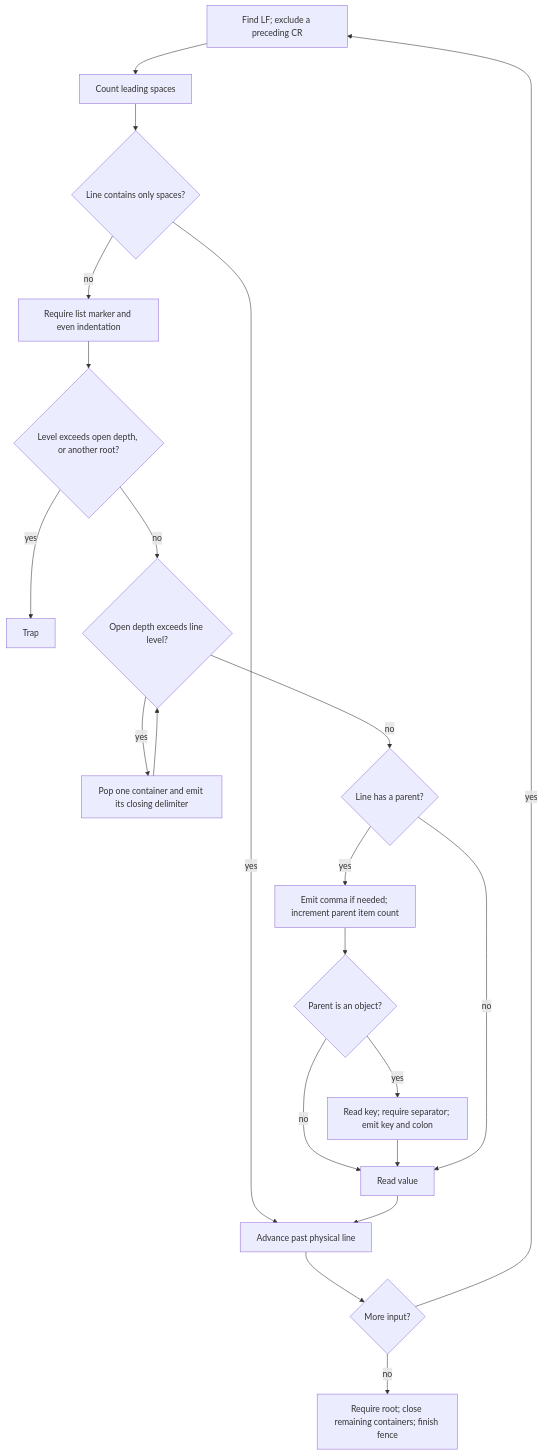
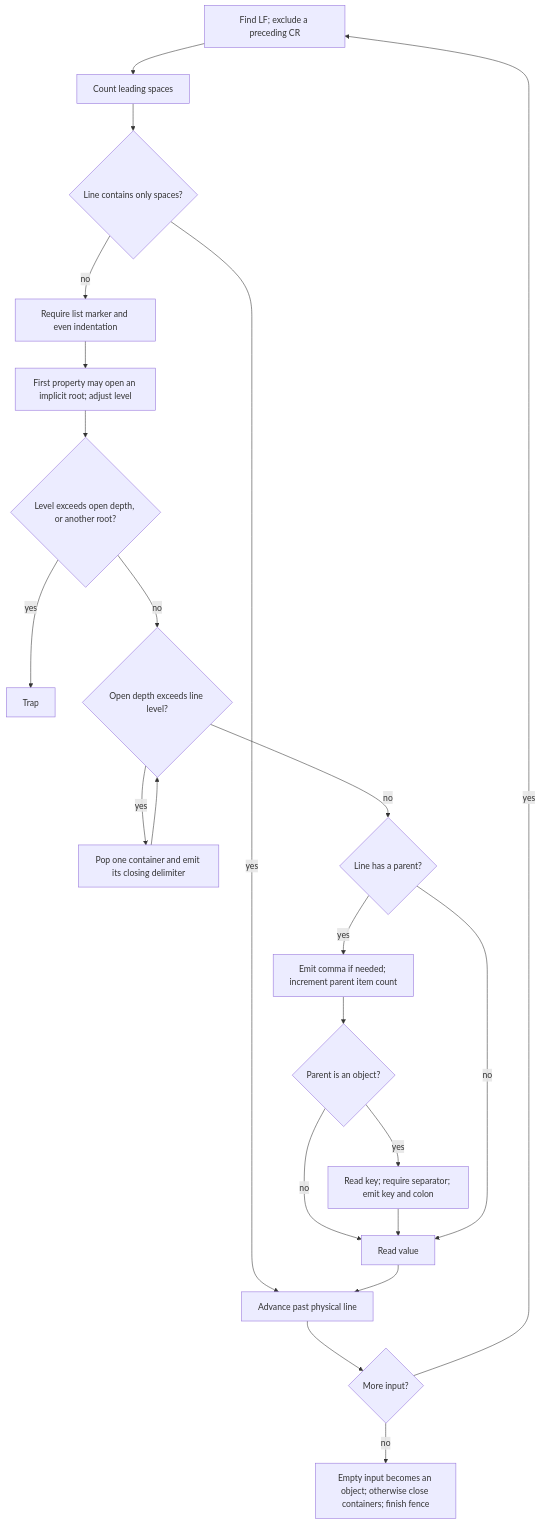
The second of 4 diagrams in dev/microwasm/transforms/01-list-to-json.md (macchiato-dev/macchiato), drawn with Mermaid before and after one commit. The commit also changed other lines of this file and 7 other files, not shown here.

Commit message:
Flatten dotenv data lists and accept implicit object roots

````diff
--- a/dev/microwasm/transforms/01-list-to-json.md
+++ b/dev/microwasm/transforms/01-list-to-json.md
@@ -87,23 +95,24 @@
 ```mermaid
 flowchart TD
   A[Find LF; exclude a preceding CR] --> B[Count leading spaces]
   B --> C{Line contains only spaces?}
   C -- yes --> N[Advance past physical line]
   C -- no --> D[Require list marker and even indentation]
-  D --> E{Level exceeds open depth, or another root?}
+  D --> O[First property may open an implicit root; adjust level]
+  O --> E{Level exceeds open depth, or another root?}
   E -- yes --> X[Trap]
   E -- no --> F{Open depth exceeds line level?}
   F -- yes --> G[Pop one container and emit its closing delimiter]
   G --> F
   F -- no --> H{Line has a parent?}
   H -- yes --> I[Emit comma if needed; increment parent item count]
   I --> J{Parent is an object?}
   J -- yes --> K[Read key; require separator; emit key and colon]
   J -- no --> V[Read value]
   K --> V
   H -- no --> V
   V --> N
   N --> L{More input?}
   L -- yes --> A
-  L -- no --> Z[Require root; close remaining containers; finish fence]
+  L -- no --> Z[Empty input becomes an object; otherwise close containers; finish fence]
 ```
````
